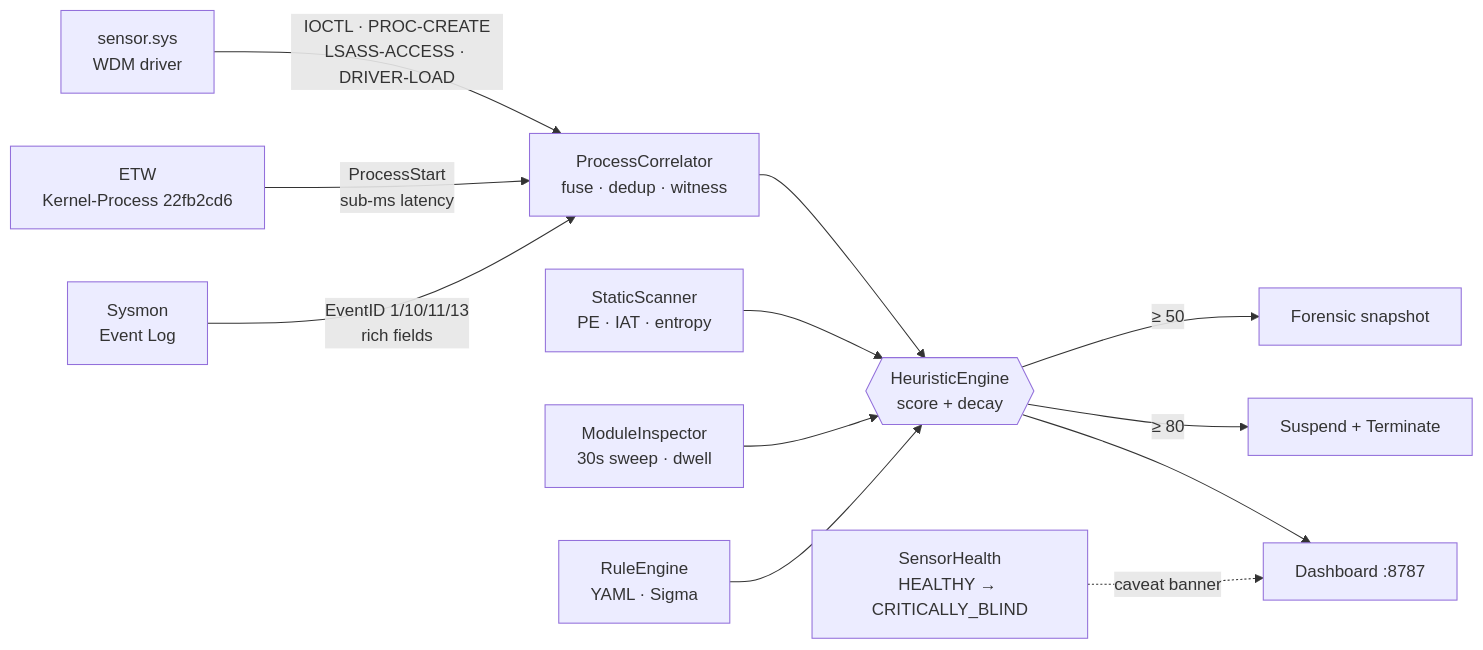
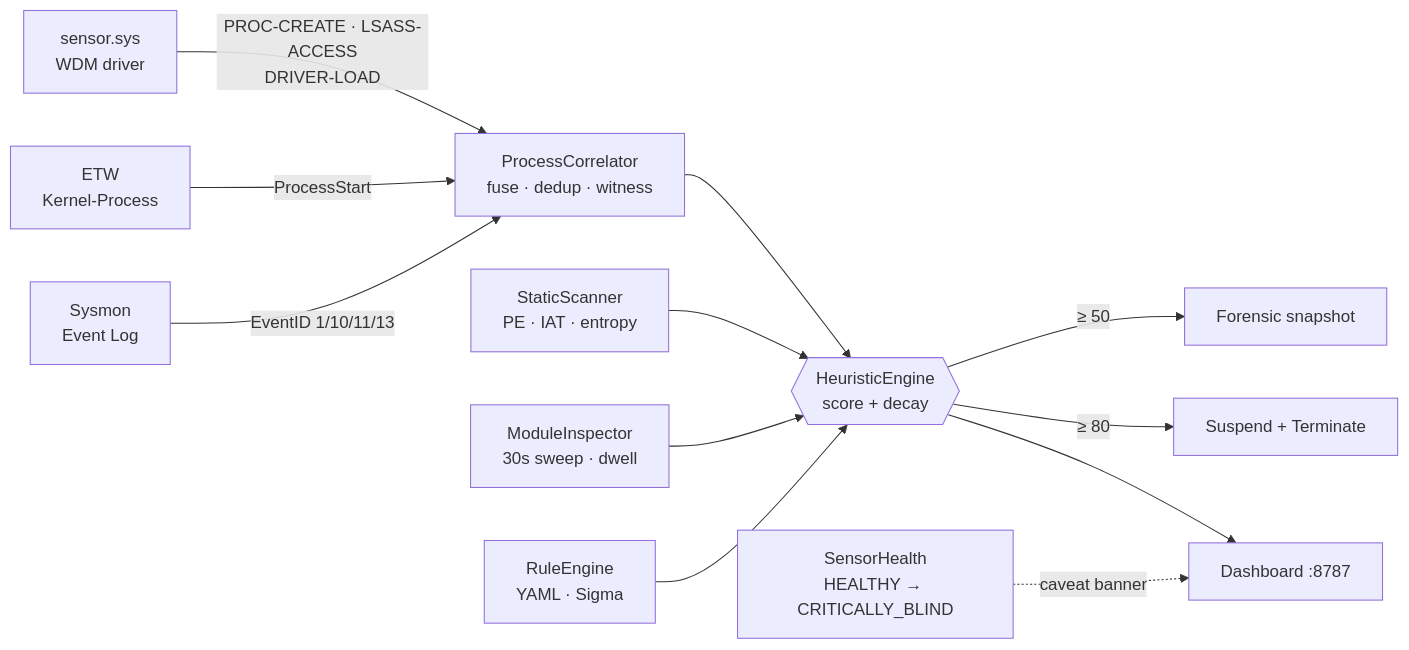
One commit to praneet390/Trinetra changed the diagram in README.md. Above: the diagram before and after it, drawn with Mermaid. The commit also changed other lines of this file, not shown here.

````diff
--- a/README.md
+++ b/README.md
@@ -28,14 +26,14 @@
 ```mermaid
 flowchart LR
-    K[sensor.sys<br/>WDM driver] -->|IOCTL · PROC-CREATE<br/>LSASS-ACCESS · DRIVER-LOAD| C
-    E[ETW<br/>Kernel-Process 22fb2cd6] -->|ProcessStart<br/>sub-ms latency| C
-    S[Sysmon<br/>Event Log] -->|EventID 1/10/11/13<br/>rich fields| C
+    K[sensor.sys<br/>WDM driver] -->|PROC-CREATE · LSASS-ACCESS<br/>DRIVER-LOAD| C
+    E[ETW<br/>Kernel-Process] -->|ProcessStart| C
+    S[Sysmon<br/>Event Log] -->|EventID 1/10/11/13| C
     C[ProcessCorrelator<br/>fuse · dedup · witness] --> H
     P[StaticScanner<br/>PE · IAT · entropy] --> H
     M[ModuleInspector<br/>30s sweep · dwell] --> H
     R[RuleEngine<br/>YAML · Sigma] --> H
     H{{HeuristicEngine<br/>score + decay}} -->|≥ 50| W[Forensic snapshot]
     H -->|≥ 80| X[Suspend + Terminate]
     H --> D[Dashboard :8787]
     HW[SensorHealth<br/>HEALTHY → CRITICALLY_BLIND] -.->|caveat banner| D
 ```
````
